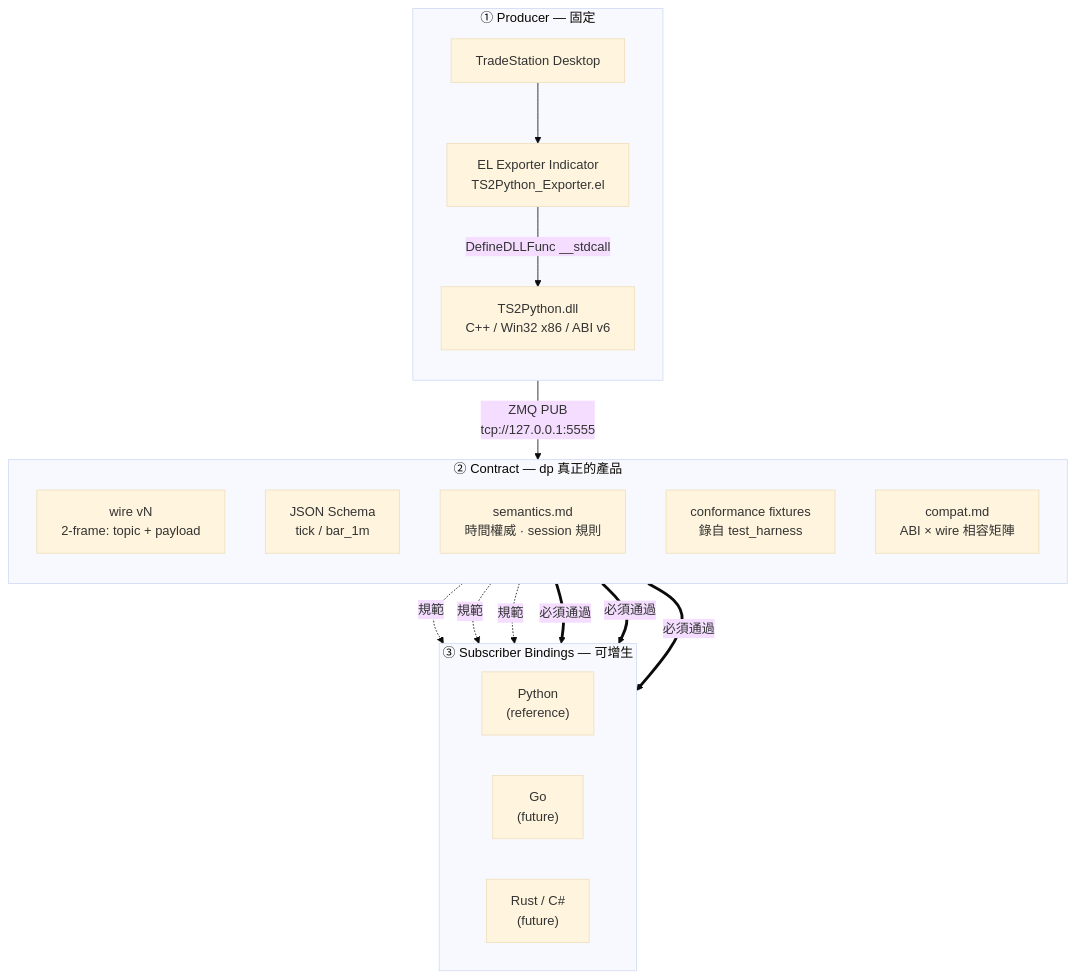
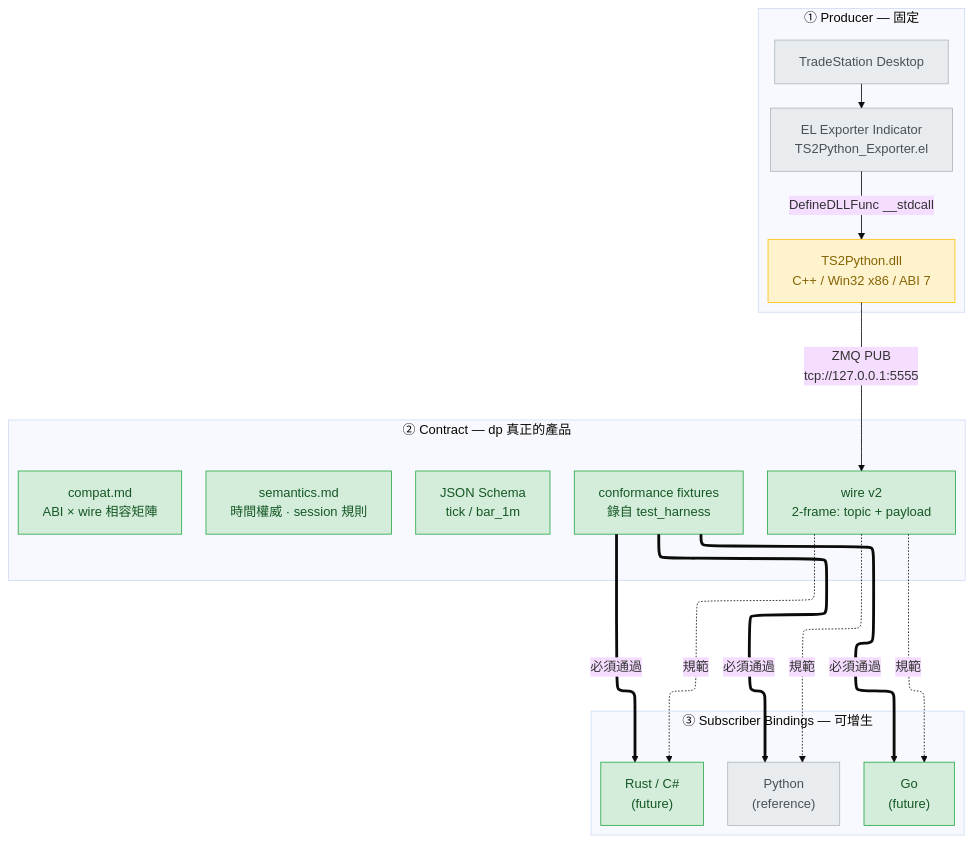
The first of 4 diagrams in docs/architecture.md (millerlai/tradestation-data-provider), drawn with Mermaid (base theme) before and after one commit. The commit also changed other lines of this file and 7 other files, not shown here.

````diff
--- a/docs/architecture.md
+++ b/docs/architecture.md
@@ -42,35 +42,47 @@
 ```mermaid
+---
+config:
+  flowchart:
+    defaultRenderer: elk
+---
 flowchart TB
     subgraph PROD["① Producer — 固定"]
         direction TB
         TS["TradeStation Desktop"]
         EL["EL Exporter Indicator<br/>TS2Python_Exporter.el"]
-        DLL["TS2Python.dll<br/>C++ / Win32 x86 / ABI v6"]
+        DLL["TS2Python.dll<br/>C++ / Win32 x86 / ABI 7"]
         TS --> EL
         EL -->|"DefineDLLFunc __stdcall"| DLL
     end
 
     subgraph CON["② Contract — dp 真正的產品"]
         direction TB
-        WIRE["wire vN<br/>2-frame: topic + payload"]
+        WIRE["wire v2<br/>2-frame: topic + payload"]
         SCHEMA["JSON Schema<br/>tick / bar_1m"]
         SEM["semantics.md<br/>時間權威 · session 規則"]
         FIX["conformance fixtures<br/>錄自 test_harness"]
         COMPAT["compat.md<br/>ABI × wire 相容矩陣"]
     end
 
     subgraph BIND["③ Subscriber Bindings — 可增生"]
         direction LR
         PY["Python<br/>(reference)"]
         GO["Go<br/>(future)"]
         RS["Rust / C#<br/>(future)"]
     end
 
     DLL -->|"ZMQ PUB<br/>tcp://127.0.0.1:5555"| WIRE
     WIRE -.->|規範| PY
     WIRE -.->|規範| GO
     WIRE -.->|規範| RS
     FIX ==>|必須通過| PY
     FIX ==>|必須通過| GO
     FIX ==>|必須通過| RS
+
+    classDef existing fill:#e9ecef,stroke:#adb5bd,color:#495057
+    classDef added fill:#d4edda,stroke:#28a745,color:#155724
+    classDef modified fill:#fff3cd,stroke:#ffc107,color:#856404
+    class TS,EL,PY existing
+    class DLL modified
+    class WIRE,SCHEMA,SEM,FIX,COMPAT,GO,RS added
 ```
````
